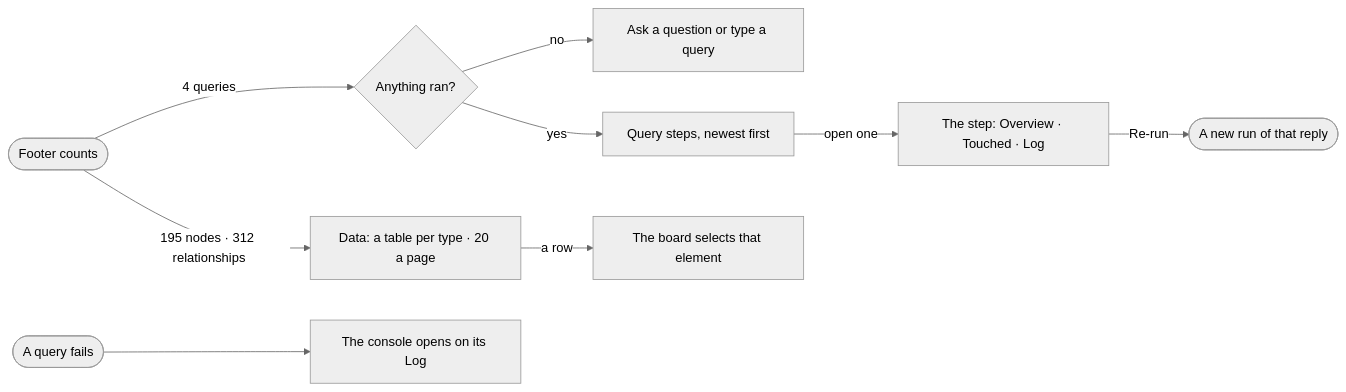
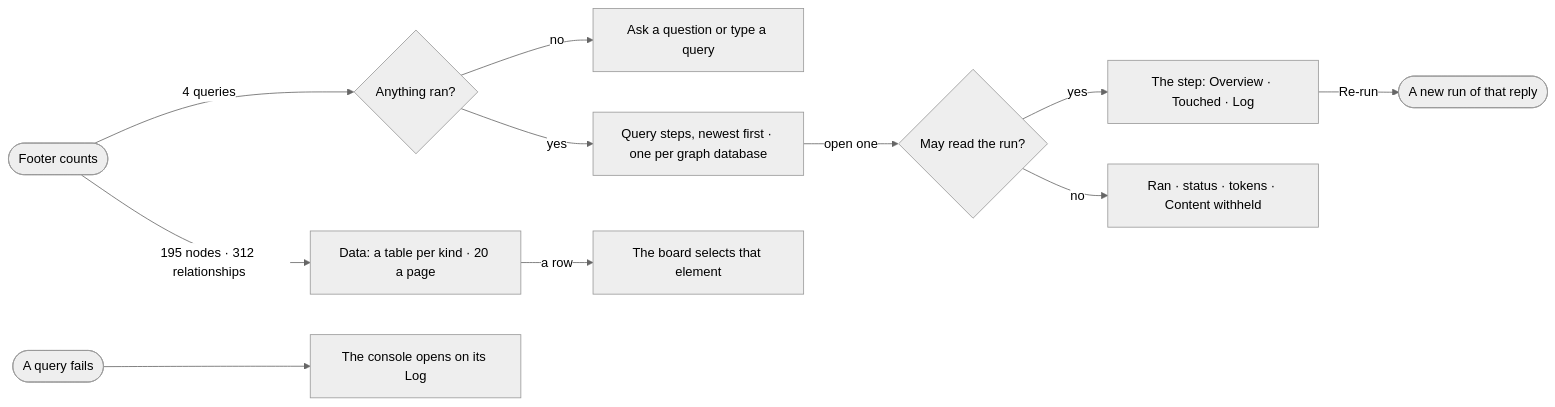
The diagram in specs/capabilities/explore/features/EX-F01-the-board-and-its-canvas/stories/EX-14-read-the-rows-and-the-queries/story.md (invana/invana), drawn with Mermaid (neutral theme) before and after one commit. The commit also changed other lines of this file and 522 other files, not shown here.

````diff
--- a/specs/capabilities/explore/features/EX-F01-the-board-and-its-canvas/stories/EX-14-read-the-rows-and-the-queries/story.md
+++ b/specs/capabilities/explore/features/EX-F01-the-board-and-its-canvas/stories/EX-14-read-the-rows-and-the-queries/story.md
@@ -26,11 +26,13 @@
 ```mermaid
 flowchart LR
-  f([Footer counts]) -->|195 nodes · 312 relationships| d["Data: a table per type · 20 a page"]
+  f([Footer counts]) -->|195 nodes · 312 relationships| d["Data: a table per kind · 20 a page"]
   f -->|4 queries| q{Anything ran?}
   q -->|no| e["Ask a question or type a query"]
-  q -->|yes| l["Query steps, newest first"]
-  l -->|open one| s["The step: Overview · Touched · Log"]
-  s -->|Re-run| r(["A new run of that reply"])
+  q -->|yes| l["Query steps, newest first · one per graph database"]
+  l -->|open one| s{May read the run?}
+  s -->|yes| st["The step: Overview · Touched · Log"]
+  s -->|no| wh["Ran · status · tokens · Content withheld"]
+  st -->|Re-run| r(["A new run of that reply"])
   x([A query fails]) --> fl["The console opens on its Log"]
   d -->|a row| sel["The board selects that element"]
 ```
````
